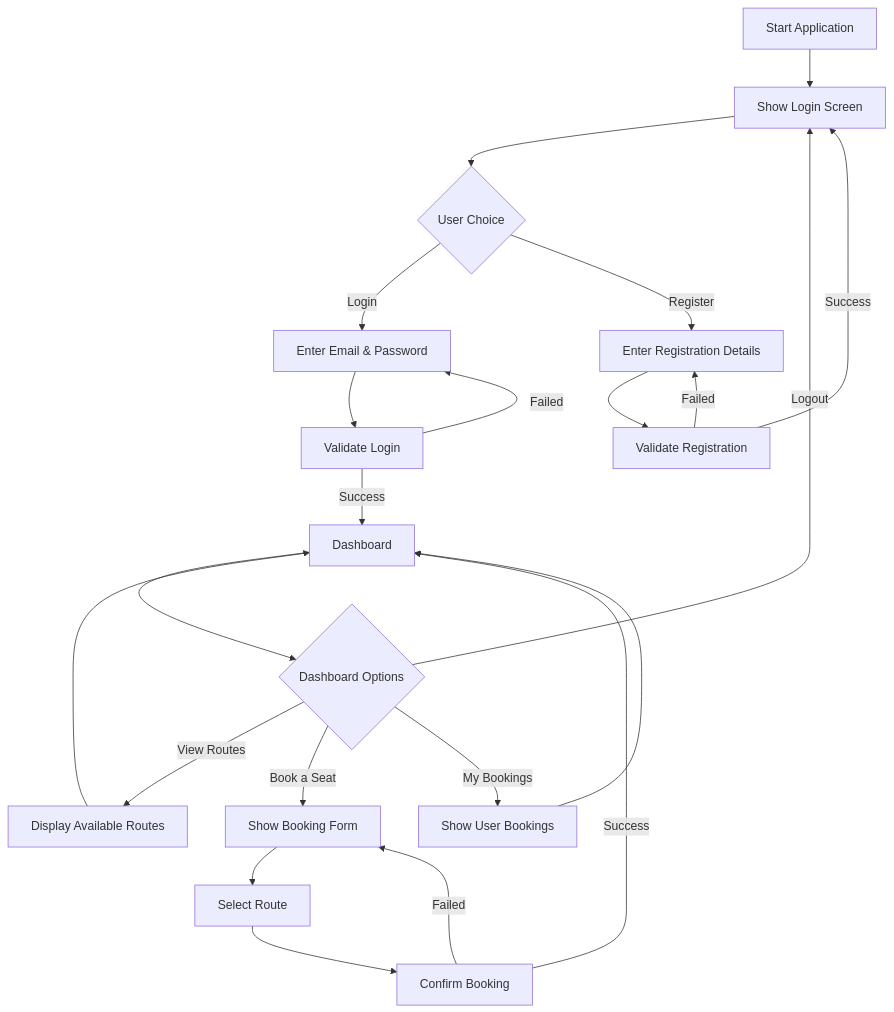
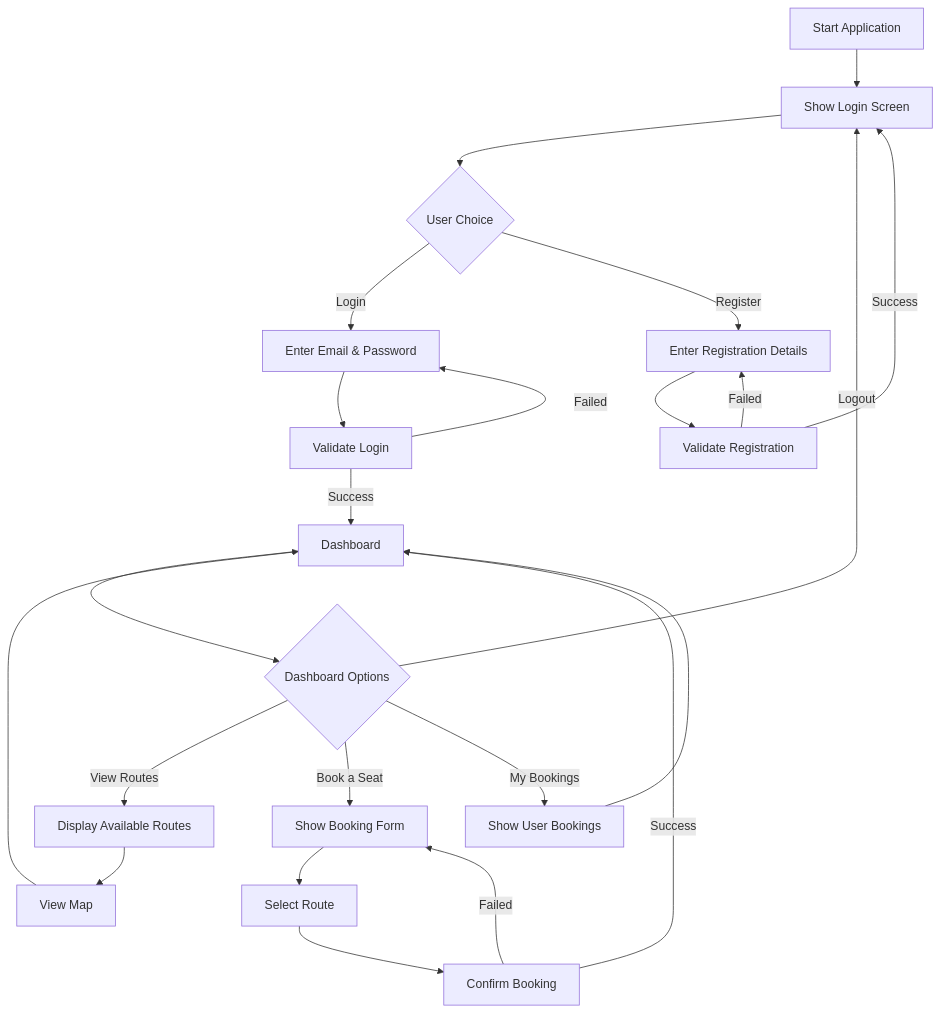
One commit to DarwinMelaya/TranConnect changed the diagram in flowchart.md. Above: the diagram before and after it, drawn with Mermaid. The commit also changed 2 other files, not shown here.

Commit message:
Make the more good look

````diff
--- a/flowchart.md
+++ b/flowchart.md
@@ -1,31 +1,32 @@
 ```mermaid
 flowchart TD
     A[Start Application] --> B[Show Login Screen]
     B --> C{User Choice}
 
     C -->|Login| D[Enter Email & Password]
     C -->|Register| E[Enter Registration Details]
 
     E --> F[Validate Registration]
     F -->|Success| B
     F -->|Failed| E
 
     D --> G[Validate Login]
     G -->|Failed| D
     G -->|Success| H[Dashboard]
 
     H --> I{Dashboard Options}
 
     I -->|View Routes| J[Display Available Routes]
     I -->|Book a Seat| K[Show Booking Form]
     I -->|My Bookings| L[Show User Bookings]
     I -->|Logout| B
 
     K --> M[Select Route]
     M --> N[Confirm Booking]
     N -->|Success| H
     N -->|Failed| K
 
-    J --> H
+    J --> O[View Map]
+    O --> H
     L --> H
 ```
````
